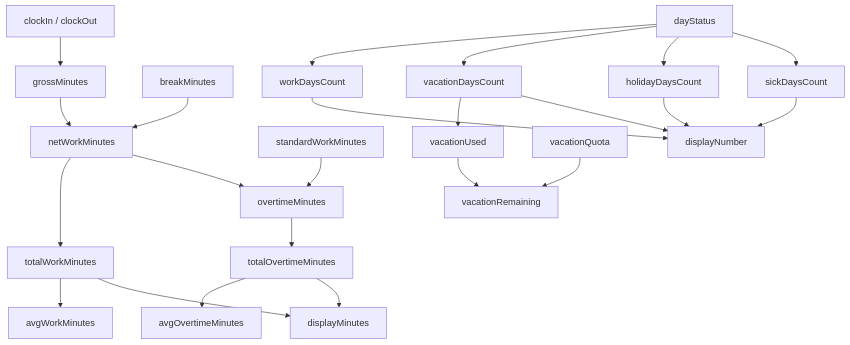
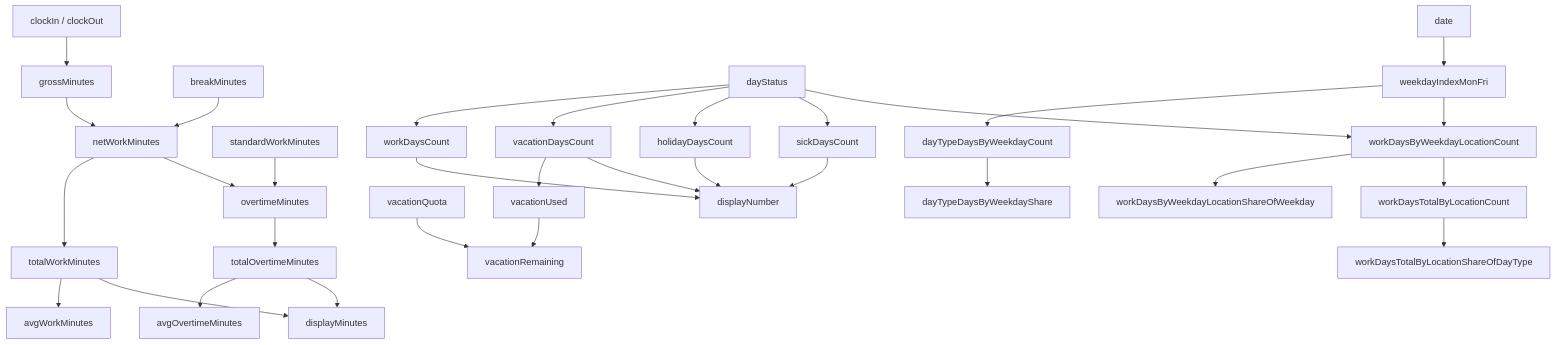
One commit to RifqiMT/working-hours-tracker changed the diagram in docs/VARIABLES.md. Above: the diagram before and after it, drawn with Mermaid. The commit also changed other lines of this file and 19 other files, not shown here.

````diff
--- a/docs/VARIABLES.md
+++ b/docs/VARIABLES.md
@@ -57,25 +73,35 @@
 ```mermaid
 flowchart TD
   A[clockIn / clockOut] --> B[grossMinutes]
   C[breakMinutes] --> D[netWorkMinutes]
   B --> D
   D --> E[totalWorkMinutes]
   F[standardWorkMinutes] --> G[overtimeMinutes]
   D --> G
   G --> H[totalOvertimeMinutes]
   E --> I[avgWorkMinutes]
   H --> J[avgOvertimeMinutes]
   K[dayStatus] --> L[workDaysCount]
   K --> M[vacationDaysCount]
   K --> N[holidayDaysCount]
   K --> O[sickDaysCount]
   M --> P[vacationUsed]
   Q[vacationQuota] --> R[vacationRemaining]
   P --> R
   E --> S[displayMinutes]
   H --> S
   L --> T[displayNumber]
   M --> T
   N --> T
   O --> T
+
+  Z[date] --> AA[weekdayIndexMonFri]
+  AA --> AB[dayTypeDaysByWeekdayCount]
+  AB --> AC[dayTypeDaysByWeekdayShare]
+
+  K --> AD[workDaysByWeekdayLocationCount]
+  AA --> AD
+  AD --> AE[workDaysByWeekdayLocationShareOfWeekday]
+  AD --> AF[workDaysTotalByLocationCount]
+  AF --> AG[workDaysTotalByLocationShareOfDayType]
 ```
````
